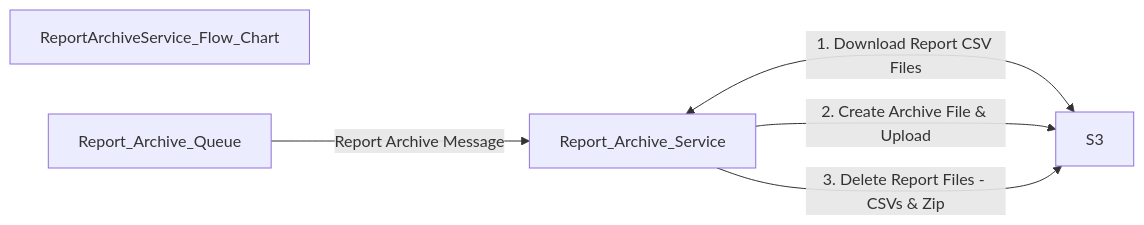
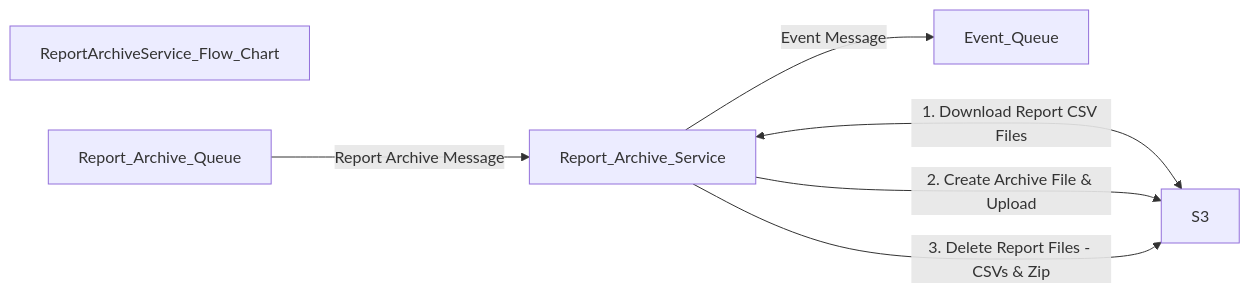
The second of 2 diagrams in docs/DIAGRAMS.md (darrylmorton/ct-iot-things-report-archive-service), drawn with Mermaid before and after one commit. The commit also changed other lines of this file and 13 other files, not shown here.

````diff
--- a/docs/DIAGRAMS.md
+++ b/docs/DIAGRAMS.md
@@ -20,10 +35,11 @@
 ```mermaid
 flowchart LR
 
 ReportArchiveService_Flow_Chart
 
 Report_Archive_Queue -->|Report Archive Message| Report_Archive_Service
 Report_Archive_Service <--->|1. Download Report CSV Files| S3
 Report_Archive_Service -->|2. Create Archive File & Upload| S3
 Report_Archive_Service -->|3. Delete Report Files - CSVs & Zip| S3
+Report_Archive_Service -->|Event Message| Event_Queue
 ```
````
